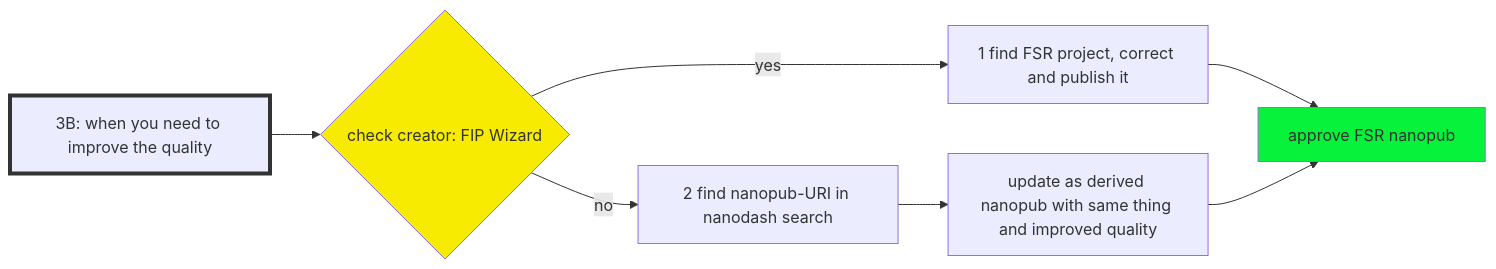
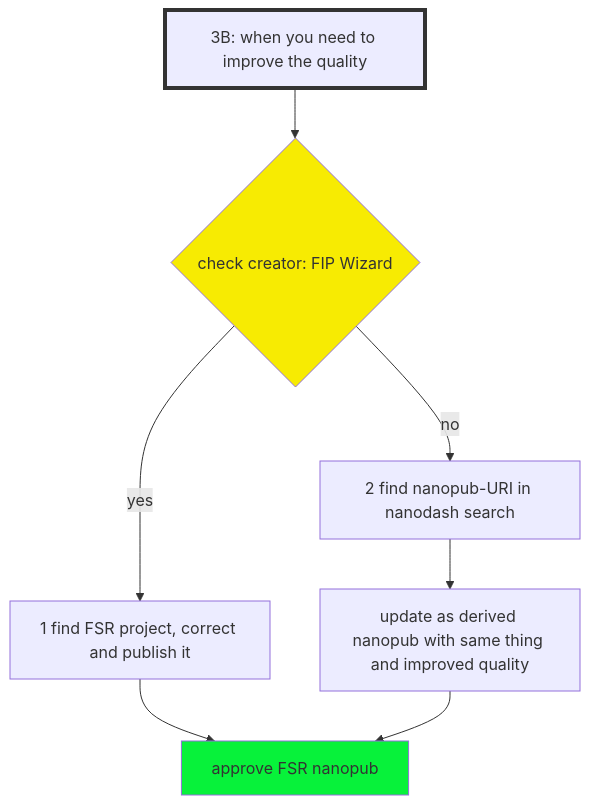
Before and after one commit to mabablue/BMagagna: the second of 3 diagrams in CONTRIBUTING (3).md, drawn with Mermaid. The commit also changed other lines of this file, not shown here.

Commit message:
Update CONTRIBUTING (3).md

````diff
--- a/CONTRIBUTING (3).md
+++ b/CONTRIBUTING (3).md
@@ -145,14 +145,14 @@
 ```mermaid
-flowchart LR
+flowchart TD
     A[3B: when you need to improve the quality] 
     A-->B{check creator: FIP Wizard}
     B-->|yes| C[1 find FSR project, correct and publish it]
     C -->D[approve FSR nanopub]
     B-->|no| E[2 find nanopub-URI in nanodash search]
     E-->F[update as derived nanopub with same thing and improved quality]
     F-->D
 
     style A stroke:#333,stroke-width:4px
     style B fill:#f7eb02
     style D fill:#07f23a
 ```
````
